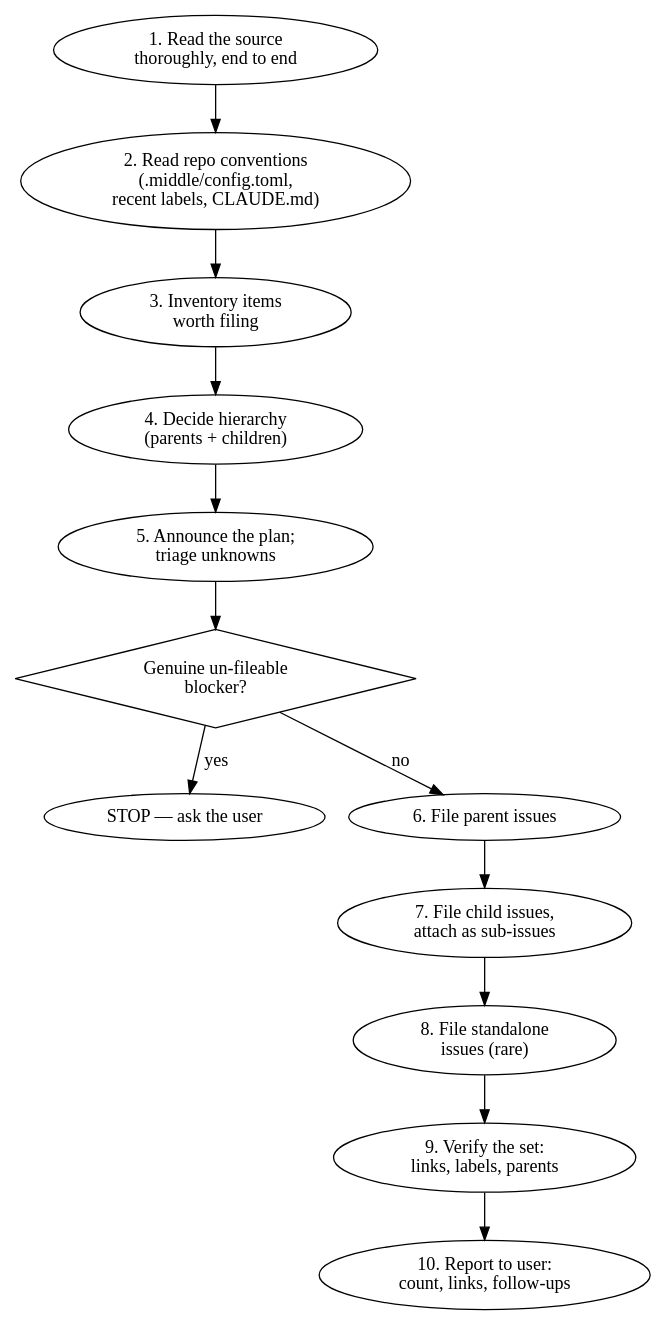
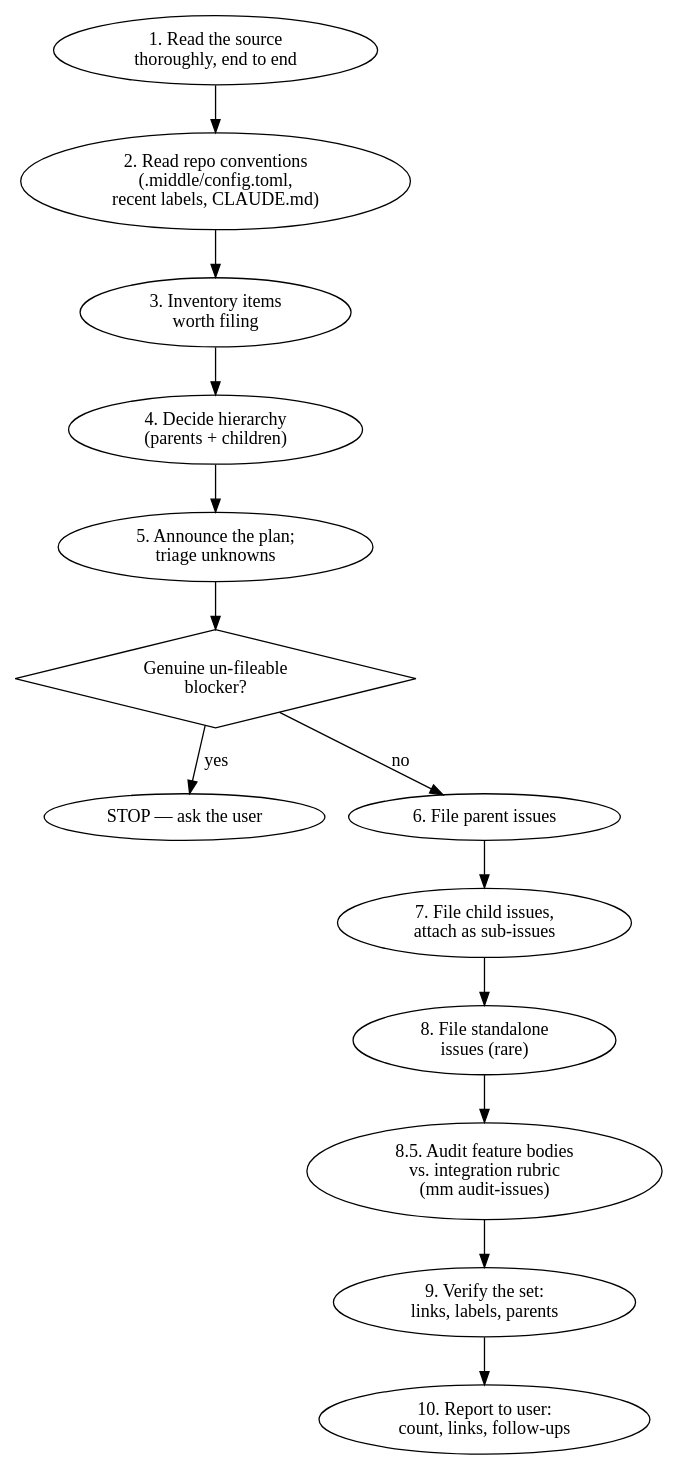
Before and after one commit to thejustinwalsh/middle: the diagram in packages/cli/src/bootstrap-assets/skills/creating-github-issues/SKILL.md, drawn with Graphviz. The commit also changed other lines of this file and 7 other files, not shown here.

Commit message:
feat(skills): verifying-requirements skill + creating-github-issues second-pass audit (#144)

````diff
--- a/packages/cli/src/bootstrap-assets/skills/creating-github-issues/SKILL.md
+++ b/packages/cli/src/bootstrap-assets/skills/creating-github-issues/SKILL.md
@@ -44,22 +46,23 @@
 ```dot
 digraph workflow {
   rankdir=TB;
   read [label="1. Read the source\nthoroughly, end to end"];
   vocab [label="2. Read repo conventions\n(.middle/config.toml,\nrecent labels, CLAUDE.md)"];
   inventory [label="3. Inventory items\nworth filing"];
   hierarchy [label="4. Decide hierarchy\n(parents + children)"];
   triage [label="5. Announce the plan;\ntriage unknowns"];
   blocker [label="Genuine un-fileable\nblocker?", shape=diamond];
   ask [label="STOP — ask the user"];
   parents [label="6. File parent issues"];
   children [label="7. File child issues,\nattach as sub-issues"];
   standalone [label="8. File standalone\nissues (rare)"];
+  audit [label="8.5. Audit feature bodies\nvs. integration rubric\n(mm audit-issues)"];
   verify [label="9. Verify the set:\nlinks, labels, parents"];
   report [label="10. Report to user:\ncount, links, follow-ups"];
 
   read -> vocab -> inventory -> hierarchy -> triage -> blocker;
   blocker -> ask [label="yes"];
   blocker -> parents [label="no"];
-  parents -> children -> standalone -> verify -> report;
+  parents -> children -> standalone -> audit -> verify -> report;
 }
 ```
````
